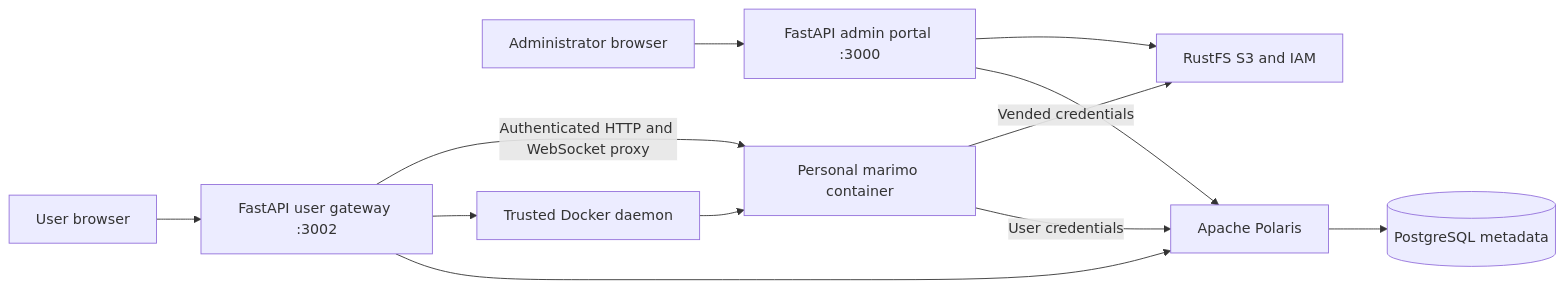
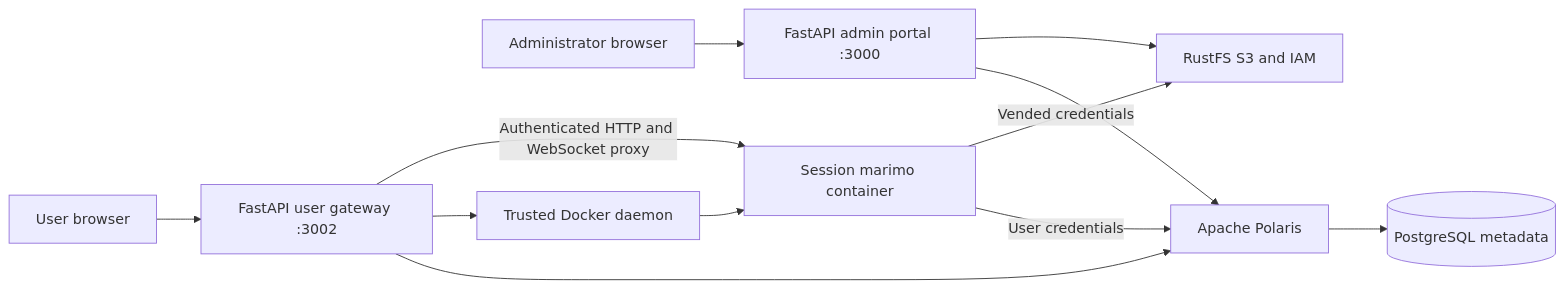
The diagram in docs/architecture.md (sanderdw/iceberg-data-platform), drawn with Mermaid before and after one commit. The commit also changed other lines of this file and 33 other files, not shown here.

````diff
--- a/docs/architecture.md
+++ b/docs/architecture.md
@@ -3,14 +3,14 @@
 ```mermaid
 flowchart LR
     Admin[Administrator browser] --> AdminAPI[FastAPI admin portal :3000]
     User[User browser] --> UserAPI[FastAPI user gateway :3002]
     AdminAPI --> Polaris[Apache Polaris]
     AdminAPI --> Storage[RustFS S3 and IAM]
     UserAPI --> Polaris
     UserAPI --> Docker[Trusted Docker daemon]
-    Docker --> Notebook[Personal marimo container]
+    Docker --> Notebook[Session marimo container]
     UserAPI -->|Authenticated HTTP and WebSocket proxy| Notebook
     Notebook -->|User credentials| Polaris
     Notebook -->|Vended credentials| Storage
     Polaris --> Postgres[(PostgreSQL metadata)]
 ```
````
